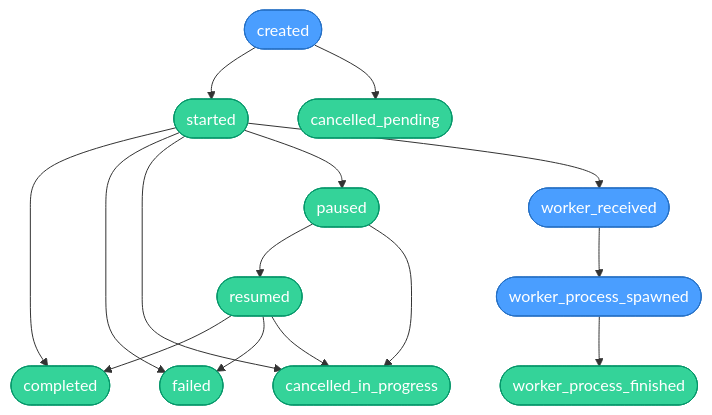
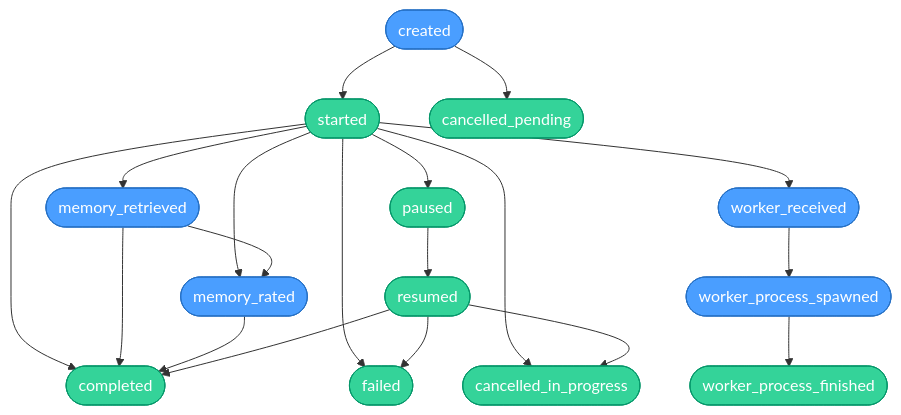
One commit to desplega-ai/agent-swarm changed the first of 3 diagrams in BUSINESS_USE.md. Above: the diagram before and after it, drawn with Mermaid. The commit also changed other lines of this file and 8 other files, not shown here.

First line of the commit message:
feat(memory-rater): step 7 — docs + business-use flows + cross-cutting e2e (v1.5 capstone)

````diff
--- a/BUSINESS_USE.md
+++ b/BUSINESS_USE.md
@@ -20,42 +20,49 @@
 ```mermaid
 flowchart TD
     created([created])
     started([started])
     cancelled_pending([cancelled_pending])
     cancelled_in_progress([cancelled_in_progress])
     paused([paused])
     resumed([resumed])
+    memory_retrieved([memory_retrieved])
+    memory_rated([memory_rated])
     completed([completed])
     failed([failed])
     worker_received([worker_received])
     worker_process_spawned([worker_process_spawned])
     worker_process_finished([worker_process_finished])
 
     created --> started
     created --> cancelled_pending
 
+    started --> memory_retrieved
+    started --> memory_rated
     started --> completed
     started --> failed
     started --> cancelled_in_progress
     started --> paused
     started --> worker_received
 
+    memory_retrieved --> memory_rated
+    memory_retrieved --> completed
+    memory_rated --> completed
+
     paused --> resumed
-    paused --> cancelled_in_progress
 
     resumed --> completed
     resumed --> failed
     resumed --> cancelled_in_progress
 
     worker_received --> worker_process_spawned
     worker_process_spawned --> worker_process_finished
 
     classDef act fill:#4a9eff,stroke:#2670c4,color:#fff
     classDef assert fill:#34d399,stroke:#059669,color:#fff
     classDef worker fill:#f59e0b,stroke:#d97706,color:#fff
 
-    class created act
+    class created,memory_retrieved,memory_rated act
     class started,cancelled_pending,cancelled_in_progress,completed,failed,paused,resumed assert
     class worker_received,worker_process_spawned act
     class worker_process_finished assert
 ```
````
